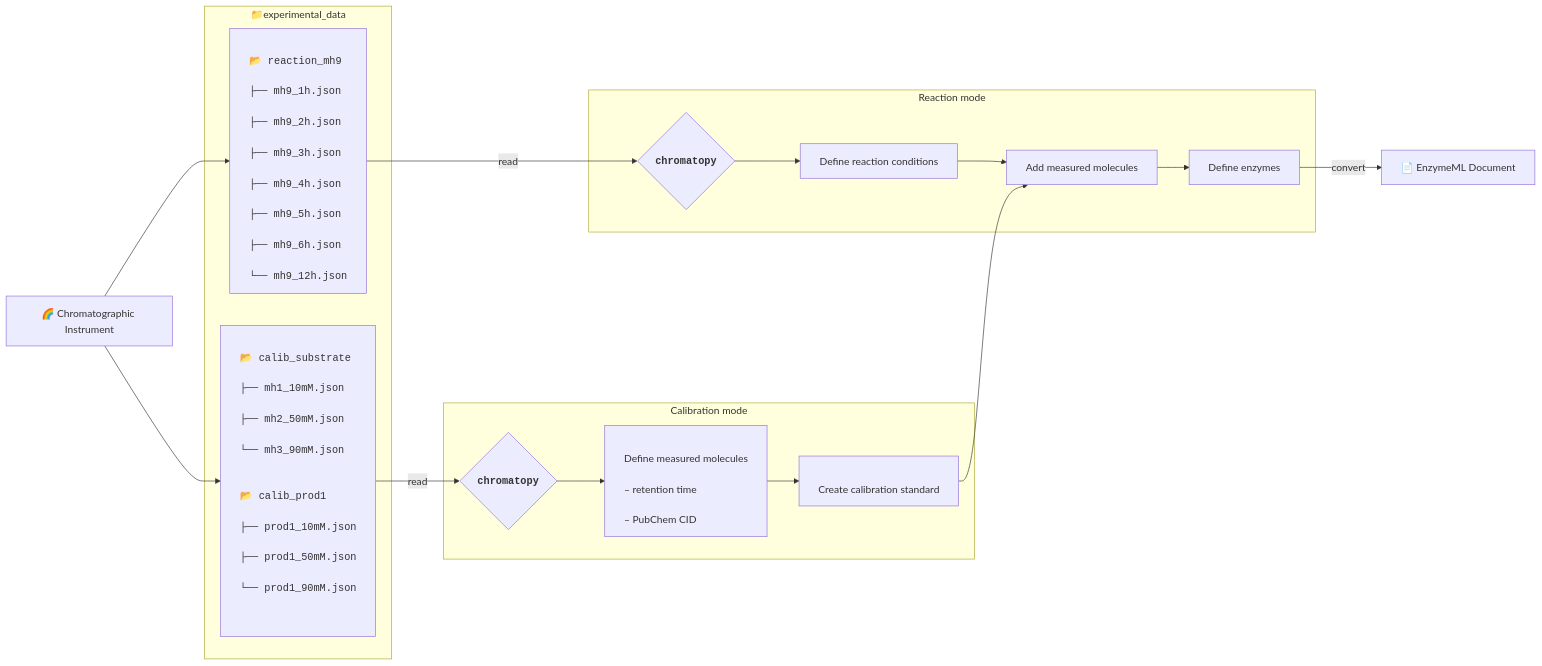
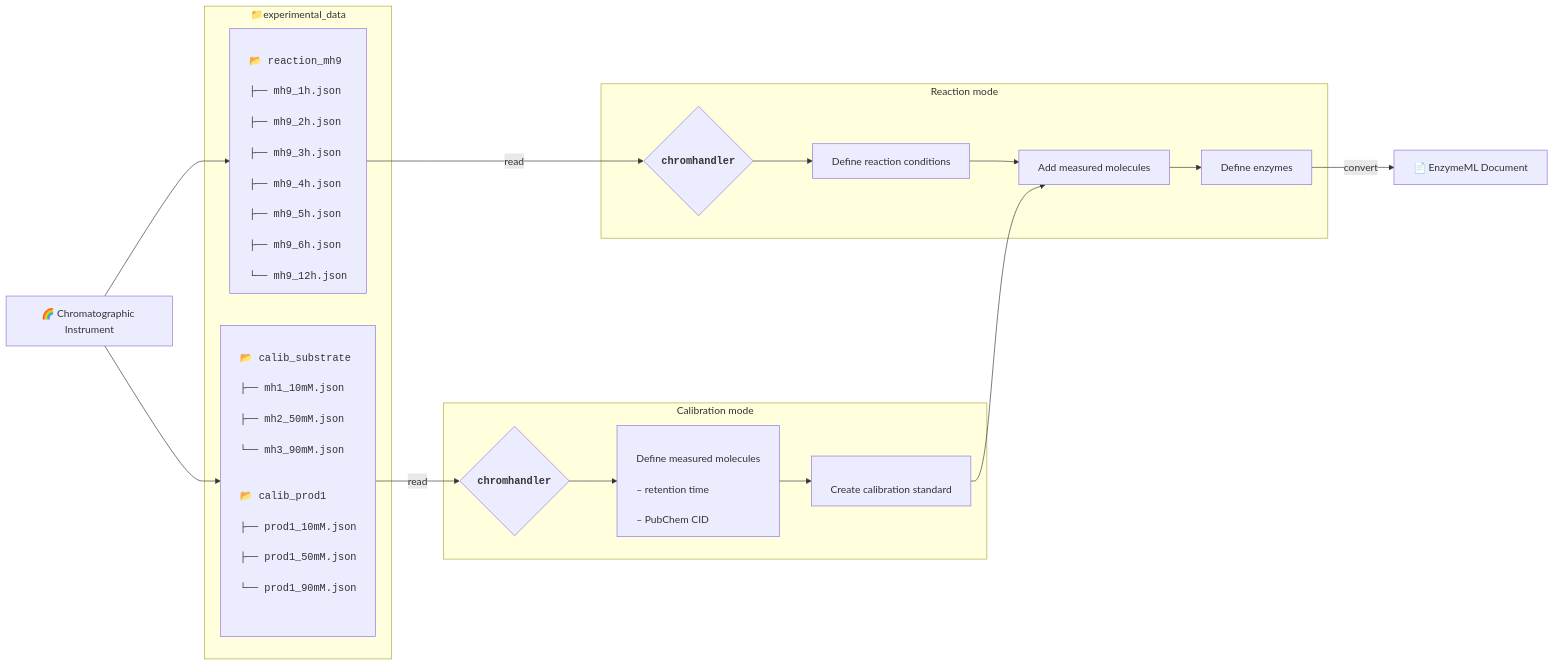
Before and after one commit to FAIRChemistry/chromatopy: the diagram in README.md, drawn with Mermaid. The commit also changed other lines of this file and 662 other files, not shown here.

First line of the commit message:
Rename `chromatopy` to `chromhandler` (#40)

````diff
--- a/README.md
+++ b/README.md
@@ -14,62 +15,62 @@
 ``` mermaid
 graph LR
   AD[🌈 Chromatographic Instrument] --> CAL
   AD --> RXN
 
   subgraph "📁experimental_data"
 
       CAL["<div style='text-align:left;font-family:monospace'>
 📂 calib_substrate<br>
 ├── mh1_10mM.json<br>
 ├── mh2_50mM.json<br>
 └── mh3_90mM.json<br><br>
 📂 calib_prod1<br>
 ├── prod1_10mM.json<br>
 ├── prod1_50mM.json<br>
 └── prod1_90mM.json<br><br>
 </div>"]
 
       RXN["<div style='text-align:left;font-family:monospace'>
 📂 reaction_mh9<br>
 ├── mh9_1h.json<br>
 ├── mh9_2h.json<br>
 ├── mh9_3h.json<br>
 ├── mh9_4h.json<br>
 ├── mh9_5h.json<br>
 ├── mh9_6h.json<br>
 └── mh9_12h.json
 </div>"]
   end
 
-  CAL -->|read| C_cal{"<span style='font-family:monospace'><b>chromatopy</b></span><br>"}
-  RXN -->|read| C_react{"<span style='font-family:monospace'><b>chromatopy</b></span><br>"}
+  CAL -->|read| C_cal{"<span style='font-family:monospace'><b>chromhandler</b></span><br>"}
+  RXN -->|read| C_react{"<span style='font-family:monospace'><b>chromhandler</b></span><br>"}
 
   cal1["<div style='text-align:left'>
 Define measured molecules<br>
 – retention time<br>
 – PubChem CID
 </div>"]
 
   cal2["<div style='text-align:left'>
 Create calibration standard
 </div>"]
 
   E4["Define reaction conditions"]
   E3["Add measured molecules"]
   E5["Define enzymes"]
   Enz[📄 EnzymeML Document]
 
   subgraph "Calibration mode"
     C_cal --> cal1
     cal1 --> cal2
   end
 
   subgraph "Reaction mode"
     C_react --> E4
     E4 --> E3
     E3 --> E5
     cal2 --> E3
   end
 
   E5 -->|convert| Enz
 ```
````
